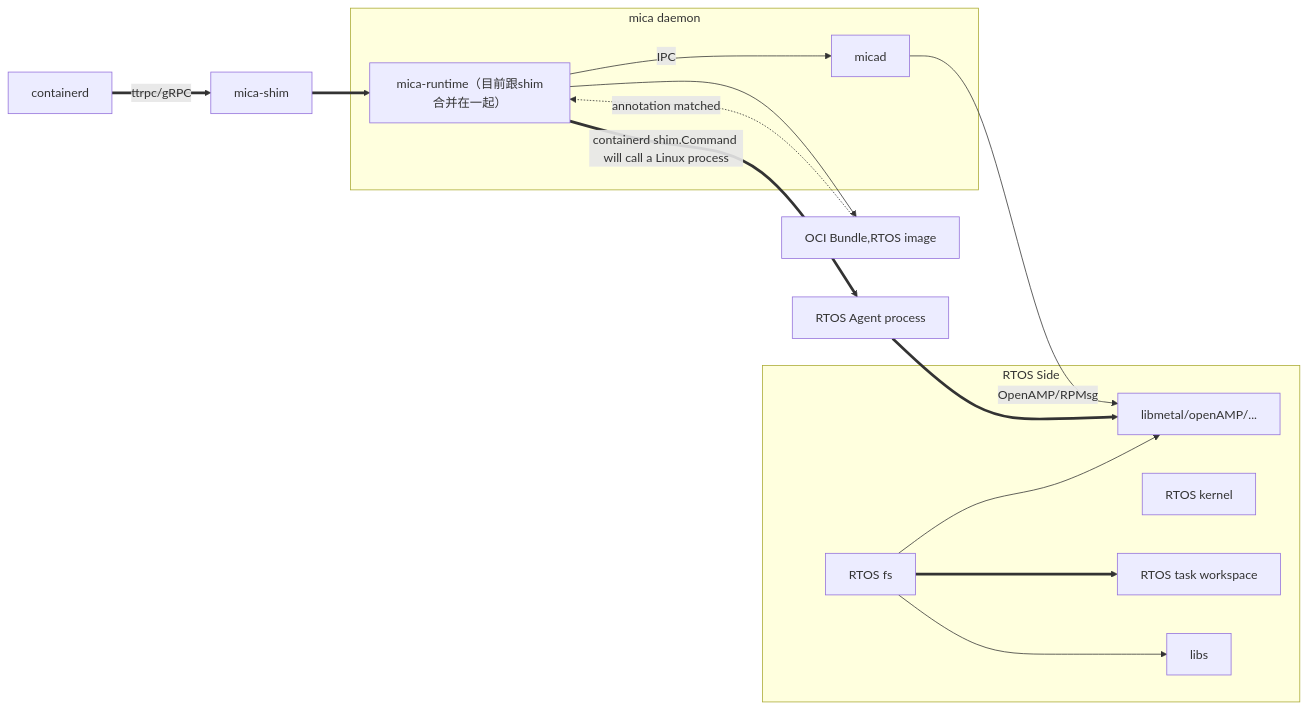
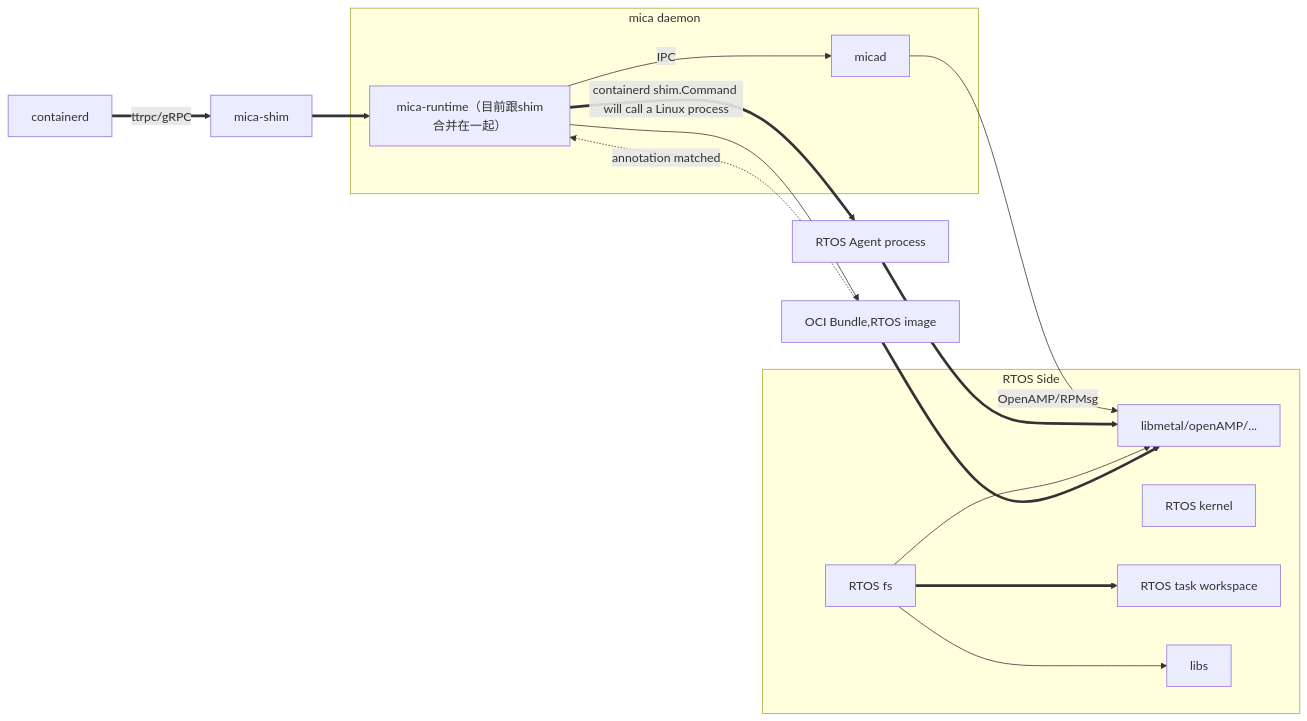
One commit to Egg12138/iodraw-files changed the diagram in all/未命名.md. Above: the diagram before and after it, drawn with Mermaid.

Commit message:
2025-06-23 09:22:52 update

````diff
--- a/all/未命名.md
+++ b/all/未命名.md
@@ -1,24 +1,25 @@
 ```mermaid
 graph LR
     CD[containerd] ==>|ttrpc/gRPC| S
     S[mica-shim] ==> MR
     MR[mica-runtime（目前跟shim合并在一起）] -->|IPC| A[micad]
     MR -->C[OCI Bundle,RTOS image]
     MR ==>|containerd shim.Command will call a Linux process|AG[RTOS Agent process]
     A -->|OpenAMP/RPMsg| B[RTOS Remote Core]
     C -.->|annotation matched| MR
     AG ==>B
     subgraph RTOS Side
         K[RTOS kernel]
         B[libmetal/openAMP/...]
         D[RTOS fs] ==> E
         D --> L[libs]
         D --> B
         E[RTOS task workspace]
     end
+    C==>B
     
     subgraph mica daemon
         A
         MR
     end
 ```
````
